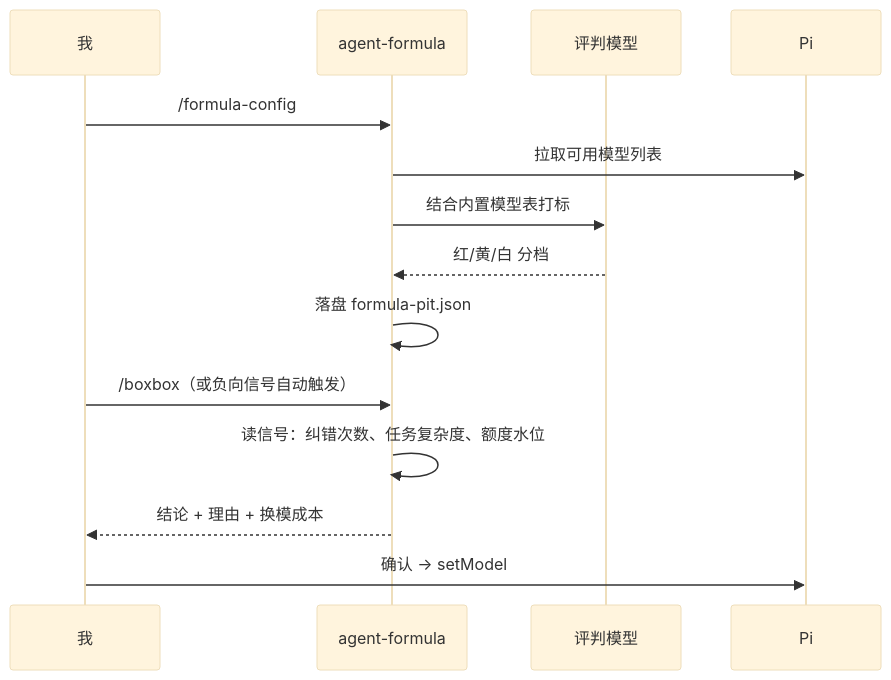
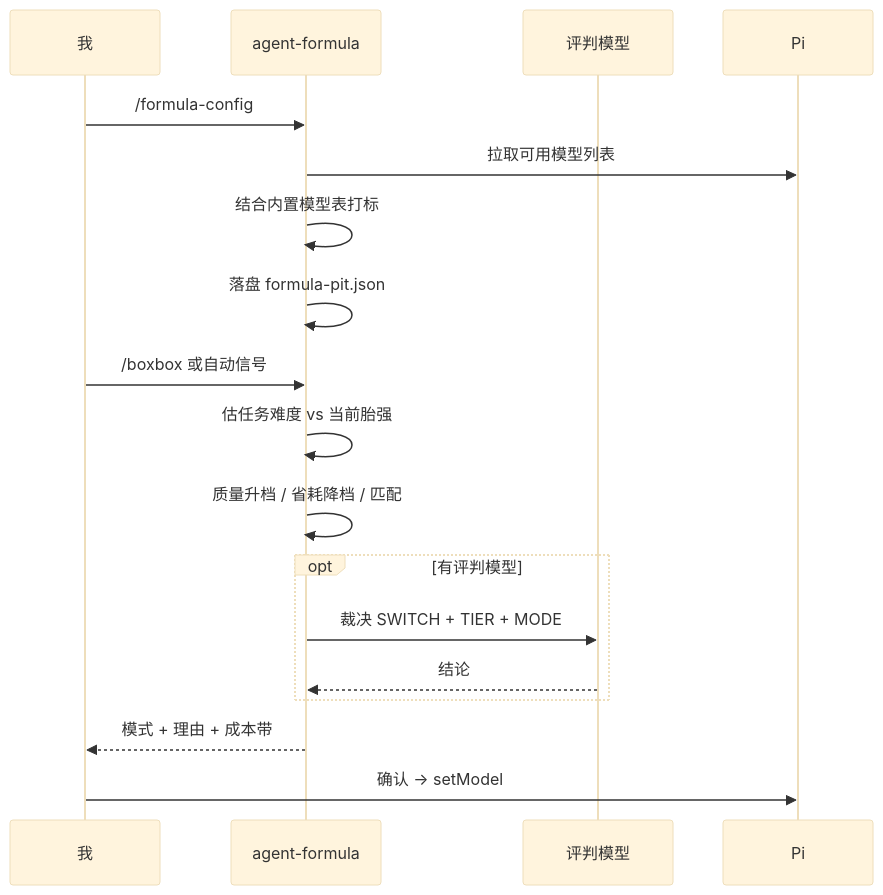
Before and after one commit to MasonChow/pi-hub: the diagram in pi-agent-formula/README.md, drawn with Mermaid (base theme). The commit also changed other lines of this file and 9 other files, not shown here.

````diff
--- a/pi-agent-formula/README.md
+++ b/pi-agent-formula/README.md
@@ -65,17 +93,21 @@
 ```mermaid
 sequenceDiagram
   participant U as 我
   participant F as agent-formula
   participant J as 评判模型
   participant Pi as Pi
 
   U->>F: /formula-config
   F->>Pi: 拉取可用模型列表
-  F->>J: 结合内置模型表打标
-  J-->>F: 红/黄/白 分档
+  F->>F: 结合内置模型表打标
   F->>F: 落盘 formula-pit.json
-  U->>F: /boxbox（或负向信号自动触发）
-  F->>F: 读信号：纠错次数、任务复杂度、额度水位
-  F-->>U: 结论 + 理由 + 换模成本
+  U->>F: /boxbox 或自动信号
+  F->>F: 估任务难度 vs 当前胎强
+  F->>F: 质量升档 / 省耗降档 / 匹配
+  opt 有评判模型
+    F->>J: 裁决 SWITCH + TIER + MODE
+    J-->>F: 结论
+  end
+  F-->>U: 模式 + 理由 + 成本带
   U->>Pi: 确认 → setModel
 ```
````
